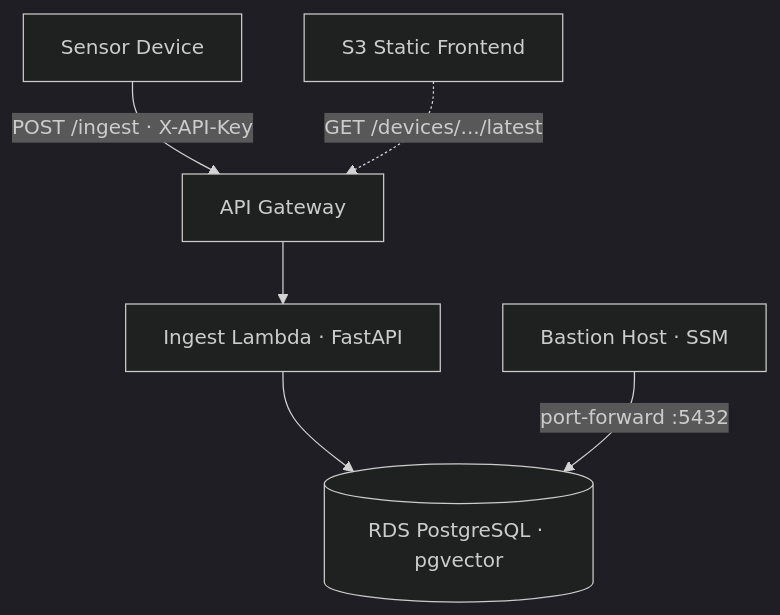
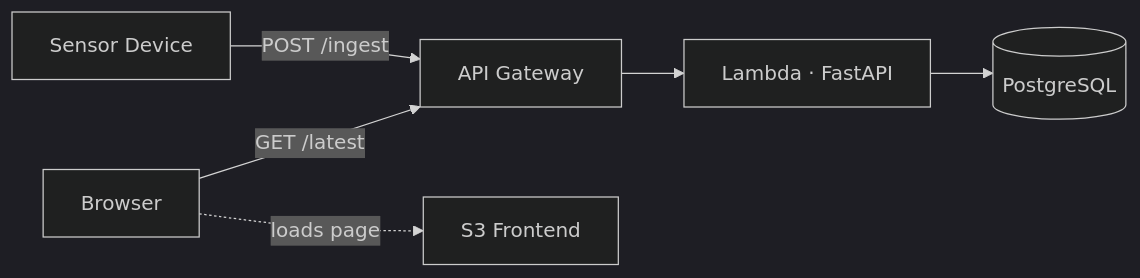
Before and after one commit to ryandau/sense-platform: the diagram in README.md, drawn with Mermaid (dark theme). The commit also changed other lines of this file and 6 other files, not shown here.

````diff
--- a/README.md
+++ b/README.md
@@ -13,8 +11,8 @@
 ```mermaid
-flowchart TD
-  sensor[Sensor Device] -->|POST /ingest · X-API-Key| apigw[API Gateway]
-  frontend[S3 Static Frontend] -.->|GET /devices/.../latest| apigw
-  apigw --> lambda[Ingest Lambda · FastAPI]
-  lambda --> rds[(RDS PostgreSQL · pgvector)]
-  bastion[Bastion Host · SSM] -->|port-forward :5432| rds
+flowchart LR
+  sensor[Sensor Device] -->|POST /ingest| apigw[API Gateway]
+  apigw --> lambda[Lambda · FastAPI]
+  lambda --> rds[(PostgreSQL)]
+  browser[Browser] -.->|loads page| s3[S3 Frontend]
+  browser -->|GET /latest| apigw
 ```
````
